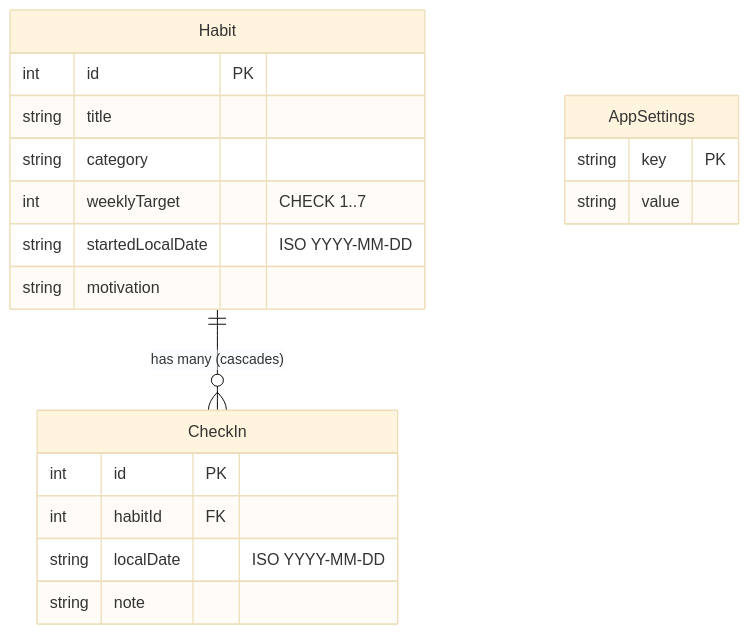
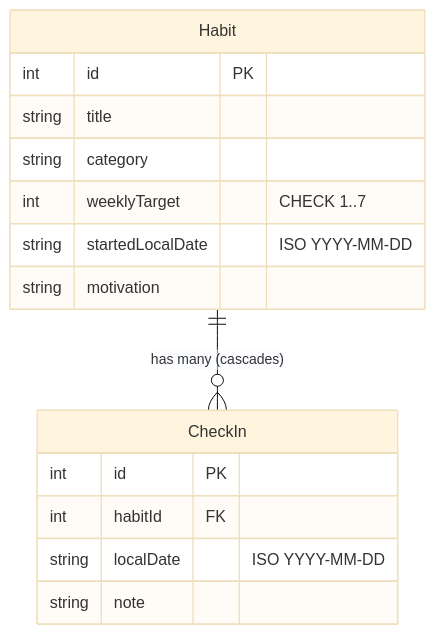
The first of 2 diagrams in AGENTS.md (arahman-25/P1_habit_mastery_app), drawn with Mermaid (base theme) before and after one commit. The commit also changed other lines of this file and 20 other files, not shown here.

Commit message:
Use SharedPreferences for app settings

````diff
--- a/AGENTS.md
+++ b/AGENTS.md
@@ -99,22 +99,18 @@
 ```mermaid
 erDiagram
     Habit ||--o{ CheckIn : "has many (cascades)"
     Habit {
         int id PK
         string title
         string category
         int weeklyTarget "CHECK 1..7"
         string startedLocalDate "ISO YYYY-MM-DD"
         string motivation
     }
     CheckIn {
         int id PK
         int habitId FK
         string localDate "ISO YYYY-MM-DD"
         string note
     }
-    AppSettings {
-        string key PK
-        string value
-    }
 ```
````
